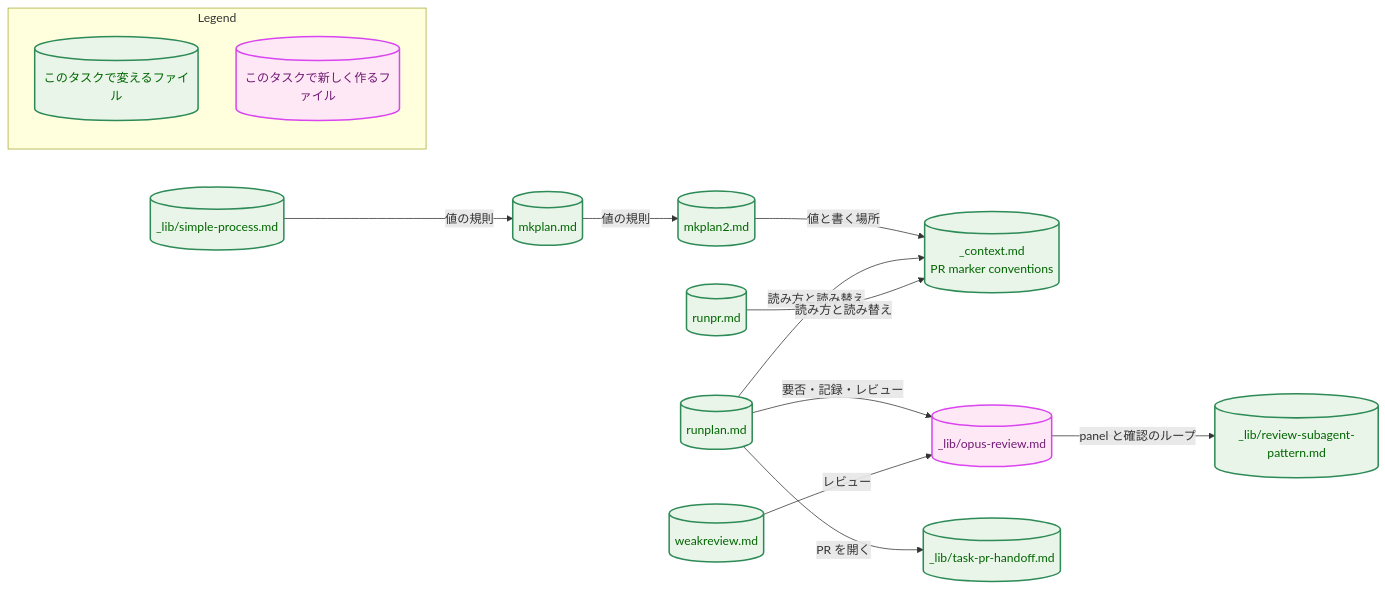
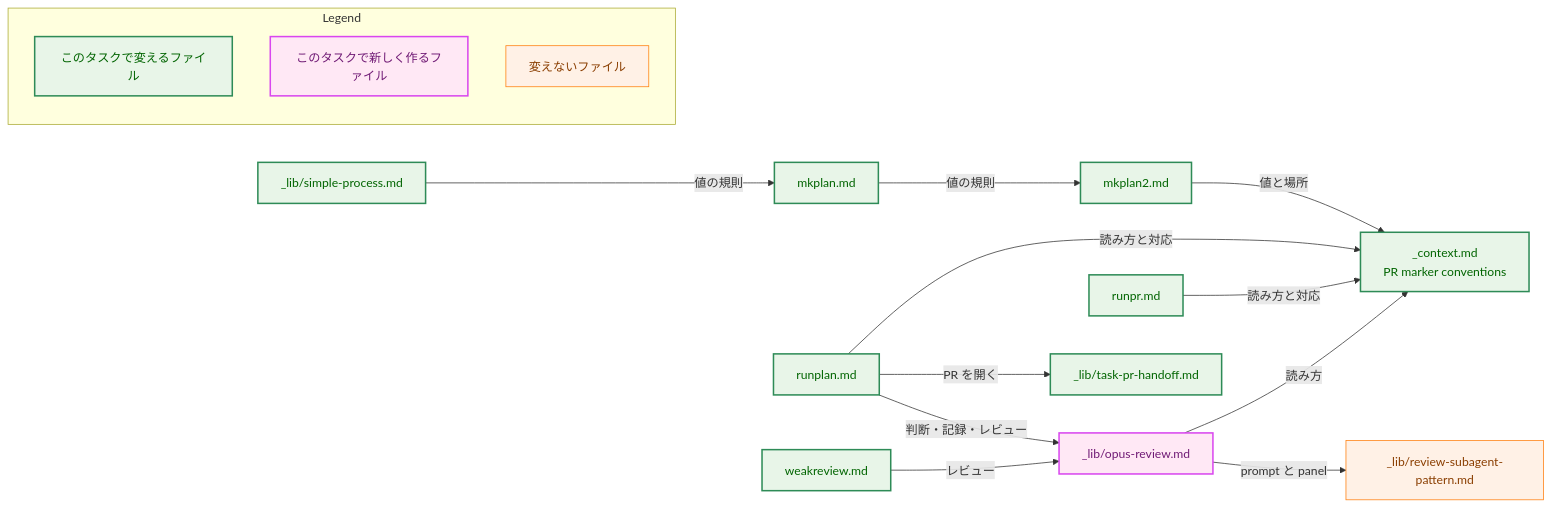
One commit to isseis/yt2column changed the second of 5 diagrams in docs/tasks/0081_implementation_model_choice/02_architecture.md. Above: the diagram before and after it, drawn with Mermaid. The commit also changed other lines of this file and 1 other file, not shown here.

First line of the commit message:
docs(0081): address the architecture review and the Japanese prose pass

````diff
--- a/docs/tasks/0081_implementation_model_choice/02_architecture.md
+++ b/docs/tasks/0081_implementation_model_choice/02_architecture.md
@@ -101,37 +106,41 @@
 ```mermaid
 flowchart LR
-    classDef data fill:#e6f7ff,stroke:#1f77b4,stroke-width:1px,color:#0b3d91;
+    classDef process fill:#fff1e6,stroke:#ff7f0e,stroke-width:1px,color:#8a3e00;
     classDef enhanced fill:#e8f5e8,stroke:#2e8b57,stroke-width:2px,color:#006400;
     classDef newpkg fill:#ffe8f5,stroke:#d946ef,stroke-width:2px,color:#701a75;
 
-    CTX[("_context.md<br>PR marker conventions")]
-    MKPLAN2[("mkplan2.md")]
-    MKPLAN[("mkplan.md")]
-    SIMPLE[("_lib/simple-process.md")]
-    RUNPLAN[("runplan.md")]
-    RUNPR[("runpr.md")]
-    WEAK[("weakreview.md")]
-    OPUS[("_lib/opus-review.md")]
-    PATTERN[("_lib/review-subagent-pattern.md")]
-    HANDOFF[("_lib/task-pr-handoff.md")]
+    CTX["_context.md<br>PR marker conventions"]
+    MKPLAN2["mkplan2.md"]
+    MKPLAN["mkplan.md"]
+    SIMPLE["_lib/simple-process.md"]
+    RUNPLAN["runplan.md"]
+    RUNPR["runpr.md"]
+    WEAK["weakreview.md"]
+    OPUS["_lib/opus-review.md"]
+    PATTERN["_lib/review-subagent-pattern.md"]
+    HANDOFF["_lib/task-pr-handoff.md"]
 
     MKPLAN -->|"値の規則"| MKPLAN2
     SIMPLE -->|"値の規則"| MKPLAN
-    MKPLAN2 -->|"値と書く場所"| CTX
-    RUNPLAN -->|"読み方と読み替え"| CTX
-    RUNPR -->|"読み方と読み替え"| CTX
-    RUNPLAN -->|"要否・記録・レビュー"| OPUS
+    MKPLAN2 -->|"値と場所"| CTX
+    RUNPLAN -->|"読み方と対応"| CTX
+    RUNPR -->|"読み方と対応"| CTX
+    OPUS -->|"読み方"| CTX
+    RUNPLAN -->|"判断・記録・レビュー"| OPUS
     WEAK -->|"レビュー"| OPUS
-    OPUS -->|"panel と確認のループ"| PATTERN
+    OPUS -->|"prompt と panel"| PATTERN
     RUNPLAN -->|"PR を開く"| HANDOFF
 
-    class CTX,MKPLAN2,MKPLAN,SIMPLE,RUNPLAN,RUNPR,WEAK,PATTERN,HANDOFF enhanced
+    class CTX,MKPLAN2,MKPLAN,SIMPLE,RUNPLAN,RUNPR,WEAK,HANDOFF enhanced
     class OPUS newpkg
+    class PATTERN process
 
     subgraph Legend["Legend"]
-        L1[("このタスクで変えるファイル")]
-        L2[("このタスクで新しく作るファイル")]
+        L1["このタスクで変えるファイル"]
+        L2["このタスクで新しく作るファイル"]
+        L3["変えないファイル"]
     end
     class L1 enhanced
     class L2 newpkg
+    class L3 process
 ```
````
